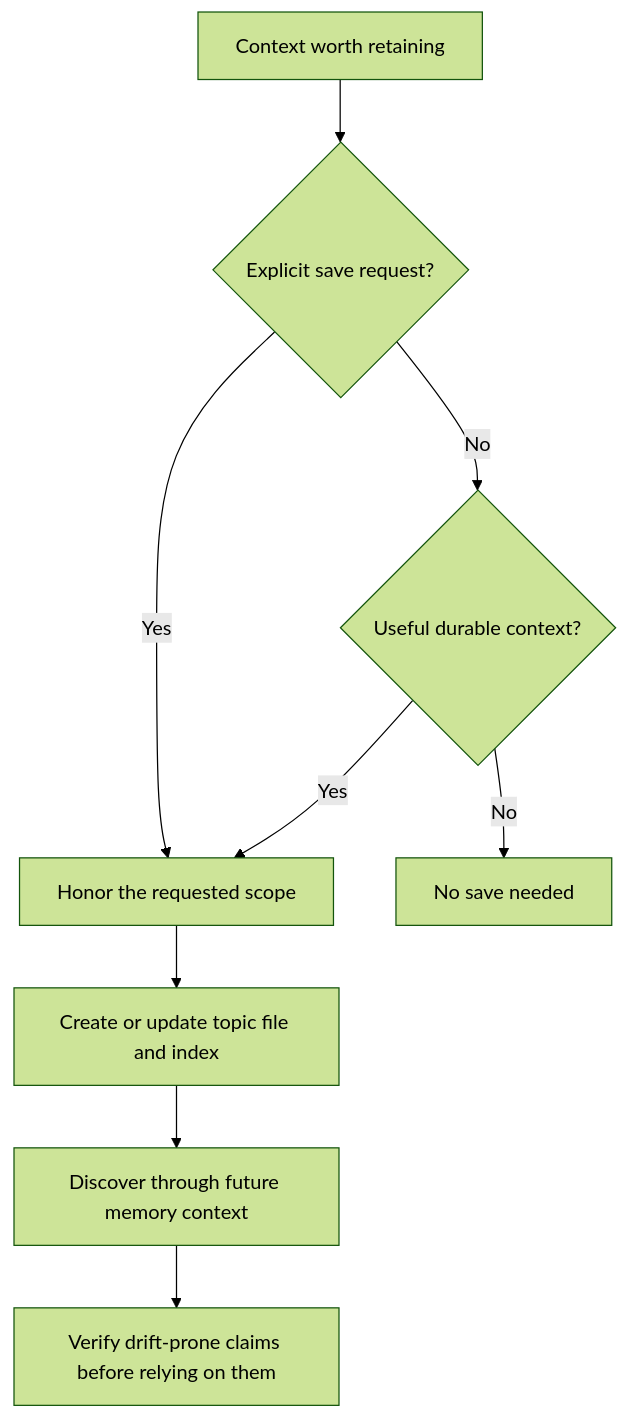
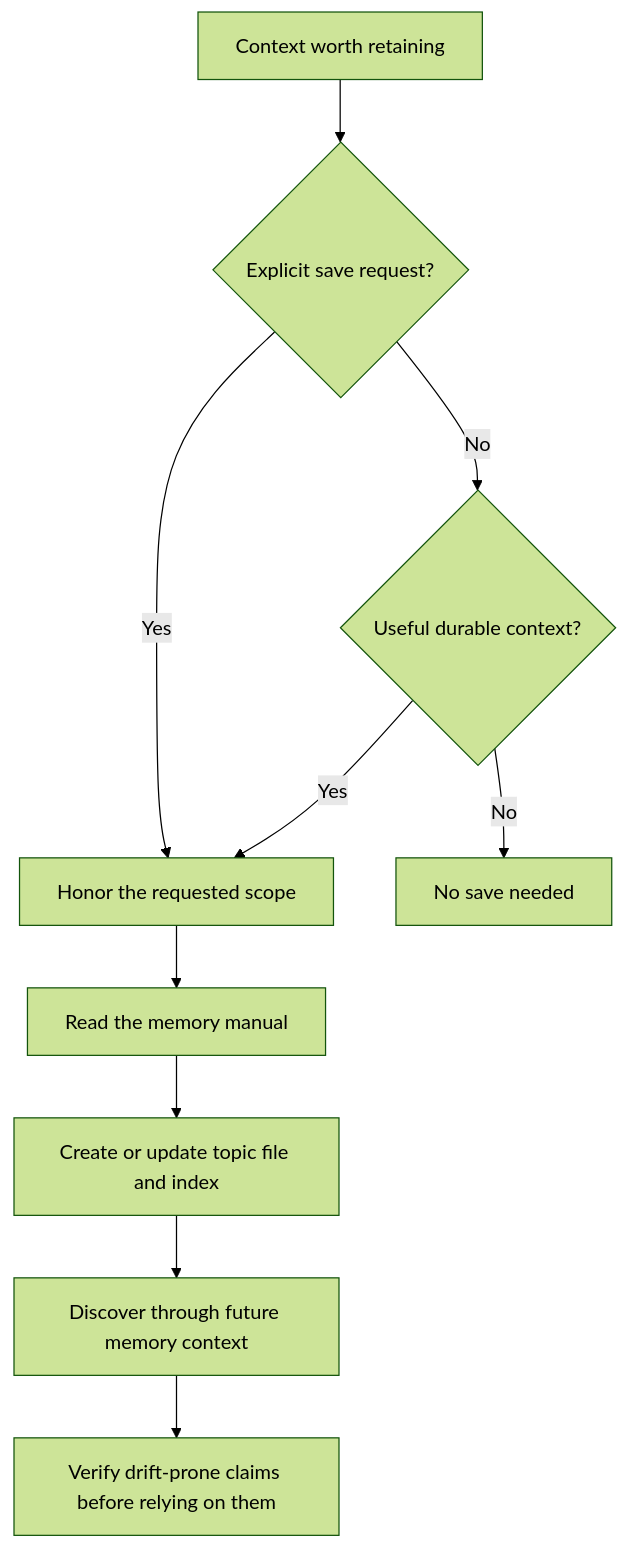
One commit to FrauH0lle/mevedel changed the diagram in docs/memory.md. Above: the diagram before and after it, drawn with Mermaid (forest theme). The commit also changed other lines of this file and 166 other files, not shown here.

````diff
--- a/docs/memory.md
+++ b/docs/memory.md
@@ -590,11 +18,12 @@
 ```mermaid
 flowchart TD
     A[Context worth retaining] --> B{Explicit save request?}
     B -- Yes --> C[Honor the requested scope]
     B -- No --> D{Useful durable context?}
     D -- No --> E[No save needed]
     D -- Yes --> C
-    C --> F[Create or update topic file and index]
+    C --> M[Read the memory manual]
+    M --> F[Create or update topic file and index]
     F --> G[Discover through future memory context]
     G --> H[Verify drift-prone claims before relying on them]
 ```
````
